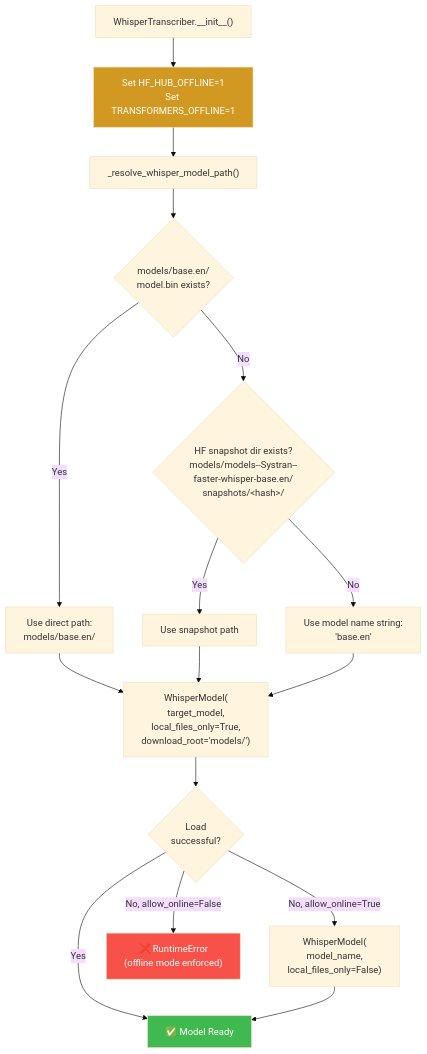
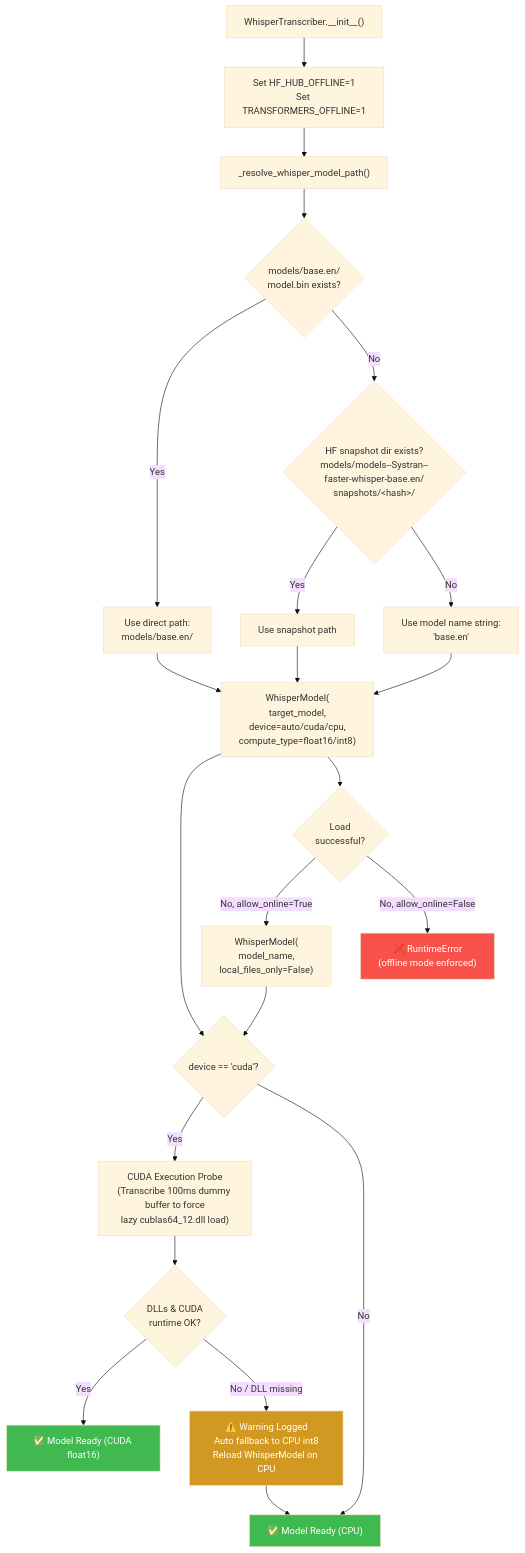
Before and after one commit to vachaspativ/NoteFlow: the eighth of 13 diagrams in noteflow_architecture.md, drawn with Mermaid (base theme). The commit also changed other lines of this file, not shown here.

Commit message:
docs: update architecture documentation to include Ranked Signal Waterfall, Map-Reduce AI pipelines, and extended daemon monitoring modules.

````diff
--- a/noteflow_architecture.md
+++ b/noteflow_architecture.md
@@ -443,25 +480,34 @@
 ```mermaid
 flowchart TD
     START["WhisperTranscriber.__init__()"] --> ENV["Set HF_HUB_OFFLINE=1<br/>Set TRANSFORMERS_OFFLINE=1"]
     ENV --> RESOLVE["_resolve_whisper_model_path()"]
     
     RESOLVE --> CHECK1{"models/base.en/<br/>model.bin exists?"}
     CHECK1 -->|Yes| DIRECT["Use direct path:<br/>models/base.en/"]
     CHECK1 -->|No| CHECK2{"HF snapshot dir exists?<br/>models/models--Systran--<br/>faster-whisper-base.en/<br/>snapshots/&lt;hash&gt;/"}
     CHECK2 -->|Yes| SNAPSHOT["Use snapshot path"]
     CHECK2 -->|No| FALLBACK["Use model name string:<br/>'base.en'"]
 
-    DIRECT --> LOAD["WhisperModel(<br/>target_model,<br/>local_files_only=True,<br/>download_root='models/')"]
+    DIRECT --> LOAD["WhisperModel(<br/>target_model,<br/>device=auto/cuda/cpu,<br/>compute_type=float16/int8)"]
     SNAPSHOT --> LOAD
     FALLBACK --> LOAD
 
+    LOAD --> DEV_CHECK{"device == 'cuda'?"}
+    DEV_CHECK -->|Yes| CUDA_PROBE["CUDA Execution Probe<br/>(Transcribe 100ms dummy buffer to force<br/>lazy cublas64_12.dll load)"]
+    DEV_CHECK -->|No| DONE["✅ Model Ready (CPU)"]
+
+    CUDA_PROBE --> PROBE_OK{"DLLs & CUDA<br/>runtime OK?"}
+    PROBE_OK -->|Yes| CUDA_READY["✅ Model Ready (CUDA float16)"]
+    PROBE_OK -->|No / DLL missing| CPU_FALLBACK["⚠️ Warning Logged<br/>Auto fallback to CPU int8<br/>Reload WhisperModel on CPU"]
+    CPU_FALLBACK --> DONE
+
     LOAD --> SUCCESS{"Load<br/>successful?"}
-    SUCCESS -->|Yes| DONE["✅ Model Ready"]
     SUCCESS -->|No, allow_online=True| ONLINE["WhisperModel(<br/>model_name,<br/>local_files_only=False)"]
     SUCCESS -->|No, allow_online=False| ERROR["❌ RuntimeError<br/>(offline mode enforced)"]
-    ONLINE --> DONE
+    ONLINE --> DEV_CHECK
 
+    style CUDA_READY fill:#3fb950,color:#fff
     style DONE fill:#3fb950,color:#fff
+    style CPU_FALLBACK fill:#d29922,color:#fff
     style ERROR fill:#f85149,color:#fff
-    style ENV fill:#d29922,color:#fff
 ```
````
